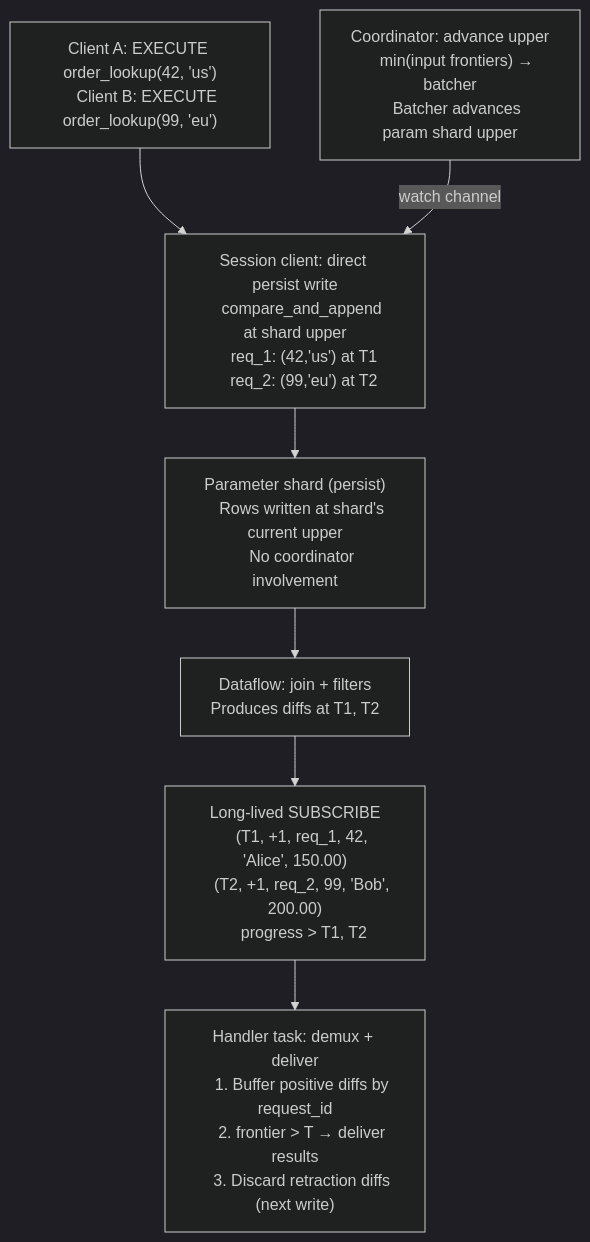
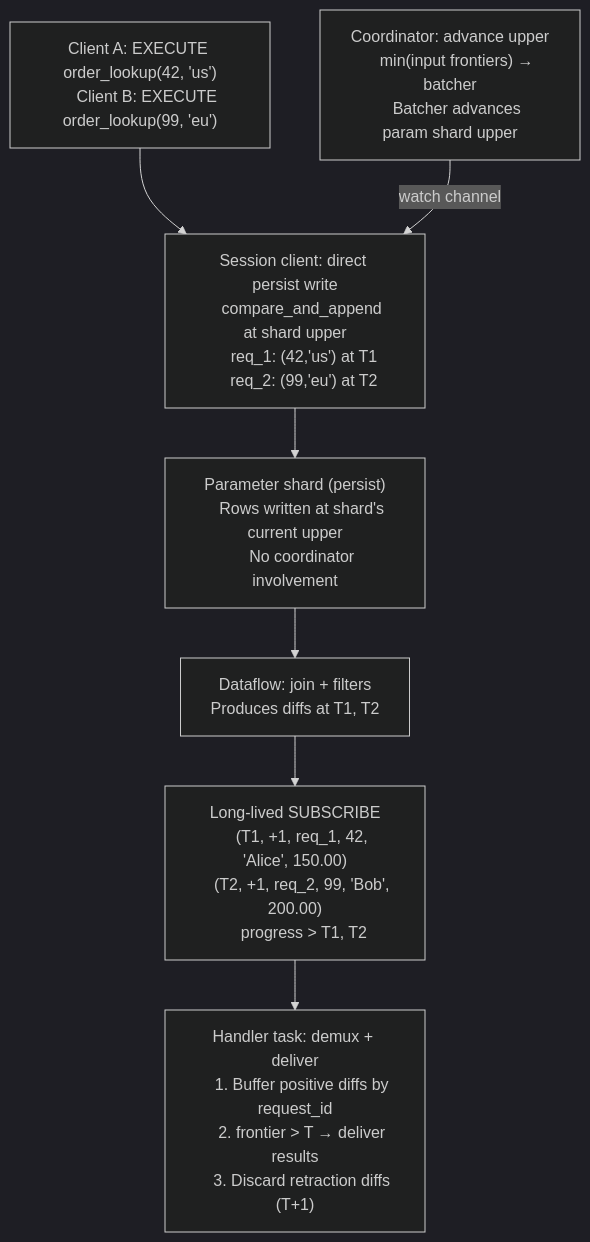
One commit to MaterializeInc/materialize changed the first of 2 diagrams in doc/developer/design/20260306_standing_queries.md. Above: the diagram before and after it, drawn with Mermaid (dark theme). The commit also changed other lines of this file and 5 other files, not shown here.

````diff
--- a/doc/developer/design/20260306_standing_queries.md
+++ b/doc/developer/design/20260306_standing_queries.md
@@ -112,34 +112,34 @@
 ```mermaid
 flowchart TD
     A["Client A: EXECUTE order_lookup(42, 'us')
     Client B: EXECUTE order_lookup(99, 'eu')"]
 
     B["Session client: direct persist write
     compare_and_append at shard upper
     req_1: (42,'us') at T1
     req_2: (99,'eu') at T2"]
 
     C["Parameter shard (persist)
     Rows written at shard's current upper
     No coordinator involvement"]
 
     D["Dataflow: join + filters
     Produces diffs at T1, T2"]
 
     E["Long-lived SUBSCRIBE
     (T1, +1, req_1, 42, 'Alice', 150.00)
     (T2, +1, req_2, 99, 'Bob', 200.00)
     progress > T1, T2"]
 
     F["Handler task: demux + deliver
     1. Buffer positive diffs by request_id
     2. frontier > T → deliver results
-    3. Discard retraction diffs (next write)"]
+    3. Discard retraction diffs (T+1)"]
 
     G["Coordinator: advance upper
     min(input frontiers) → batcher
     Batcher advances param shard upper"]
 
     A --> B --> C --> D --> E --> F
     G -- "watch channel" --> B
 ```
````
